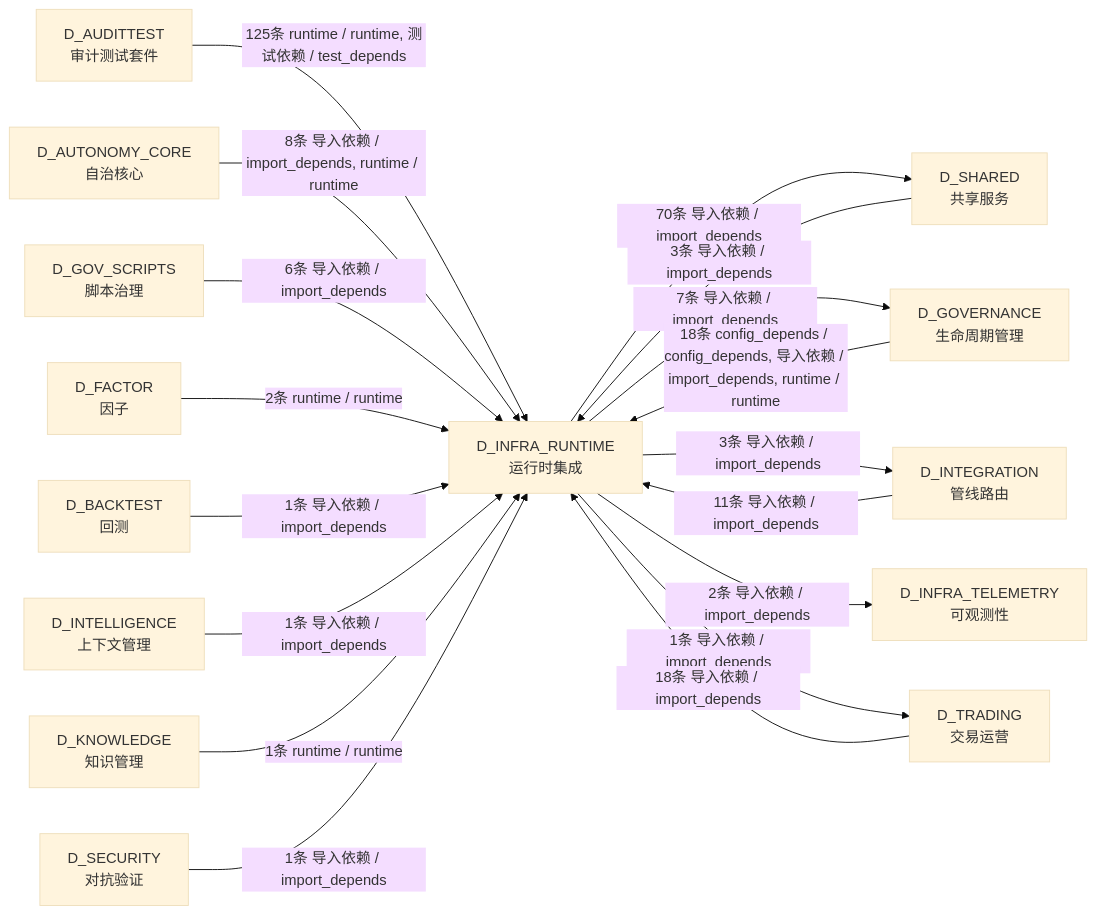
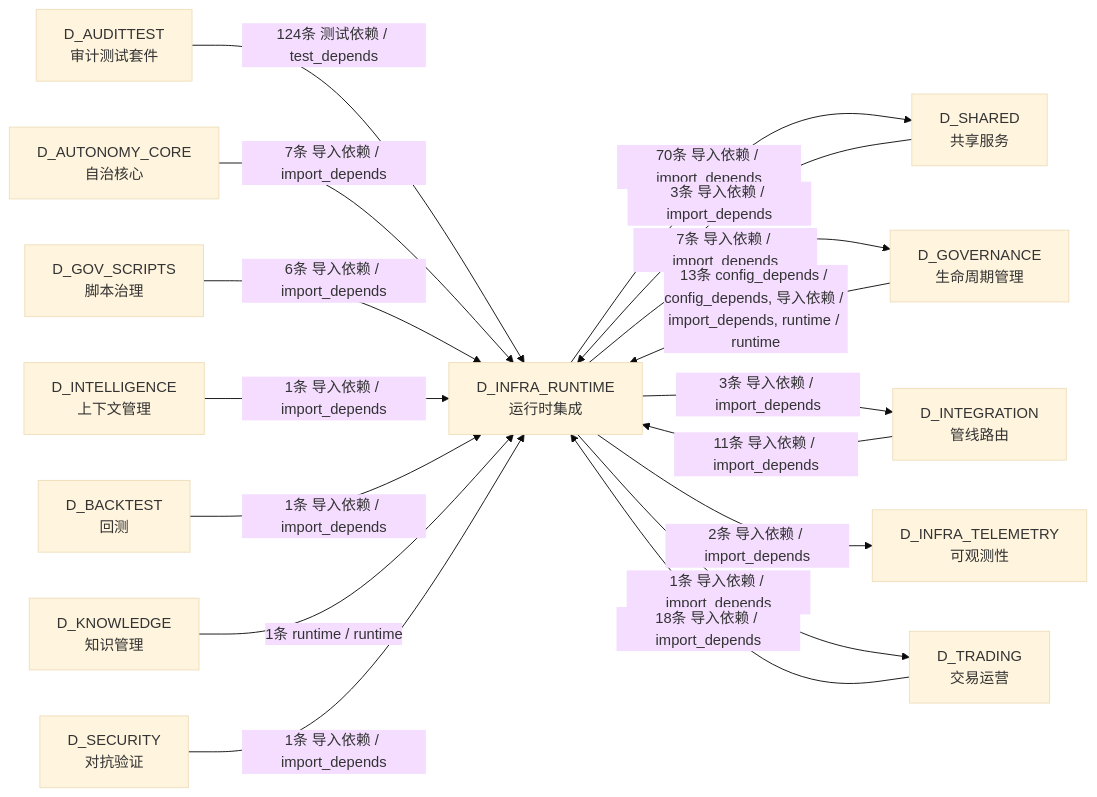
One commit to xuanFelixVan/ZephyrAlpha changed the ninth of 9 diagrams in docs/02_enterprise_architecture/02_domain_architecture_docs/04_d_infra_runtime.md. Above: the diagram before and after it, drawn with Mermaid (base theme). The commit also changed other lines of this file and 100 other files, not shown here.

````diff
--- a/docs/02_enterprise_architecture/02_domain_architecture_docs/04_d_infra_runtime.md
+++ b/docs/02_enterprise_architecture/02_domain_architecture_docs/04_d_infra_runtime.md
@@ -1310,34 +1288,32 @@
 ```mermaid
 graph LR
     D_INFRA_RUNTIME["D_INFRA_RUNTIME<br/>运行时集成"]
     D_SHARED["D_SHARED<br/>共享服务"]
     D_GOVERNANCE["D_GOVERNANCE<br/>生命周期管理"]
     D_INTEGRATION["D_INTEGRATION<br/>管线路由"]
     D_INFRA_TELEMETRY["D_INFRA_TELEMETRY<br/>可观测性"]
     D_TRADING["D_TRADING<br/>交易运营"]
     D_AUDITTEST["D_AUDITTEST<br/>审计测试套件"]
     D_AUTONOMY_CORE["D_AUTONOMY_CORE<br/>自治核心"]
     D_GOV_SCRIPTS["D_GOV_SCRIPTS<br/>脚本治理"]
-    D_FACTOR["D_FACTOR<br/>因子"]
+    D_INTELLIGENCE["D_INTELLIGENCE<br/>上下文管理"]
     D_BACKTEST["D_BACKTEST<br/>回测"]
-    D_INTELLIGENCE["D_INTELLIGENCE<br/>上下文管理"]
     D_KNOWLEDGE["D_KNOWLEDGE<br/>知识管理"]
     D_SECURITY["D_SECURITY<br/>对抗验证"]
     D_INFRA_RUNTIME -->|70条 导入依赖 / import_depends| D_SHARED
     D_INFRA_RUNTIME -->|7条 导入依赖 / import_depends| D_GOVERNANCE
     D_INFRA_RUNTIME -->|3条 导入依赖 / import_depends| D_INTEGRATION
     D_INFRA_RUNTIME -->|2条 导入依赖 / import_depends| D_INFRA_TELEMETRY
     D_INFRA_RUNTIME -->|1条 导入依赖 / import_depends| D_TRADING
-    D_AUDITTEST -->|125条 runtime / runtime, 测试依赖 / test_depends| D_INFRA_RUNTIME
+    D_AUDITTEST -->|124条 测试依赖 / test_depends| D_INFRA_RUNTIME
     D_TRADING -->|18条 导入依赖 / import_depends| D_INFRA_RUNTIME
-    D_GOVERNANCE -->|18条 config_depends / config_depends, 导入依赖 / import_depends, runtime / runtime| D_INFRA_RUNTIME
+    D_GOVERNANCE -->|13条 config_depends / config_depends, 导入依赖 / import_depends, runtime / runtime| D_INFRA_RUNTIME
     D_INTEGRATION -->|11条 导入依赖 / import_depends| D_INFRA_RUNTIME
-    D_AUTONOMY_CORE -->|8条 导入依赖 / import_depends, runtime / runtime| D_INFRA_RUNTIME
+    D_AUTONOMY_CORE -->|7条 导入依赖 / import_depends| D_INFRA_RUNTIME
     D_GOV_SCRIPTS -->|6条 导入依赖 / import_depends| D_INFRA_RUNTIME
     D_SHARED -->|3条 导入依赖 / import_depends| D_INFRA_RUNTIME
-    D_FACTOR -->|2条 runtime / runtime| D_INFRA_RUNTIME
+    D_INTELLIGENCE -->|1条 导入依赖 / import_depends| D_INFRA_RUNTIME
     D_BACKTEST -->|1条 导入依赖 / import_depends| D_INFRA_RUNTIME
-    D_INTELLIGENCE -->|1条 导入依赖 / import_depends| D_INFRA_RUNTIME
     D_KNOWLEDGE -->|1条 runtime / runtime| D_INFRA_RUNTIME
     D_SECURITY -->|1条 导入依赖 / import_depends| D_INFRA_RUNTIME
 ```
````
